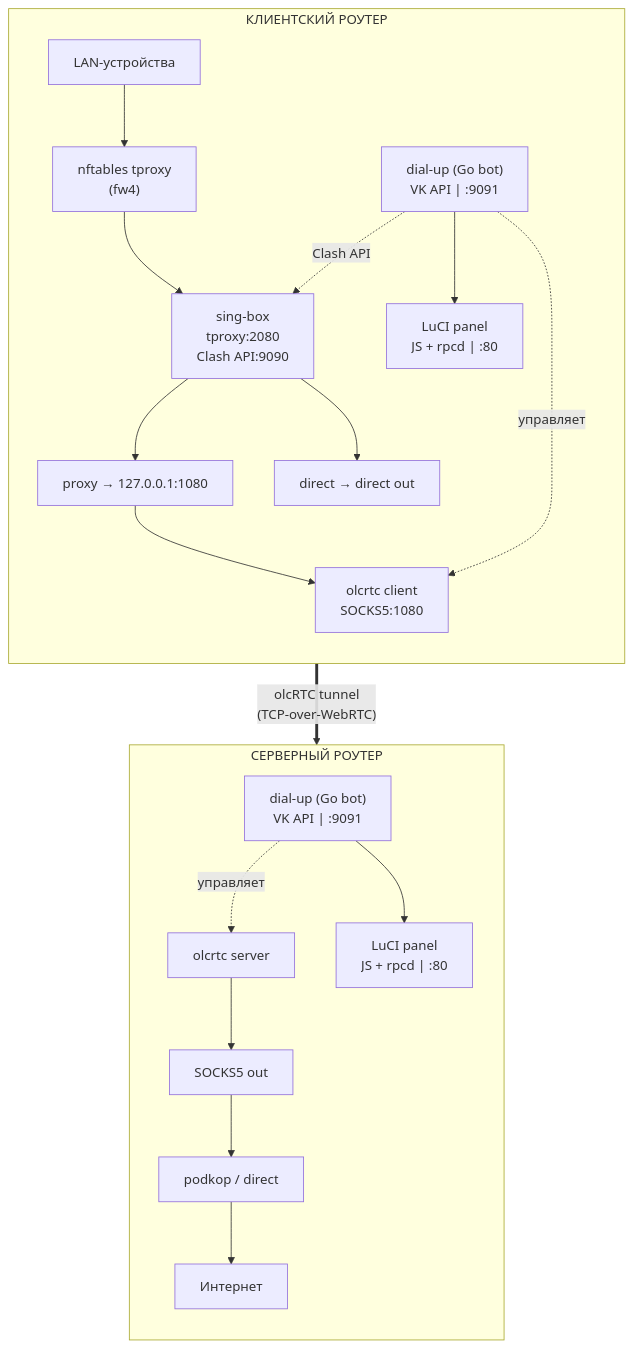
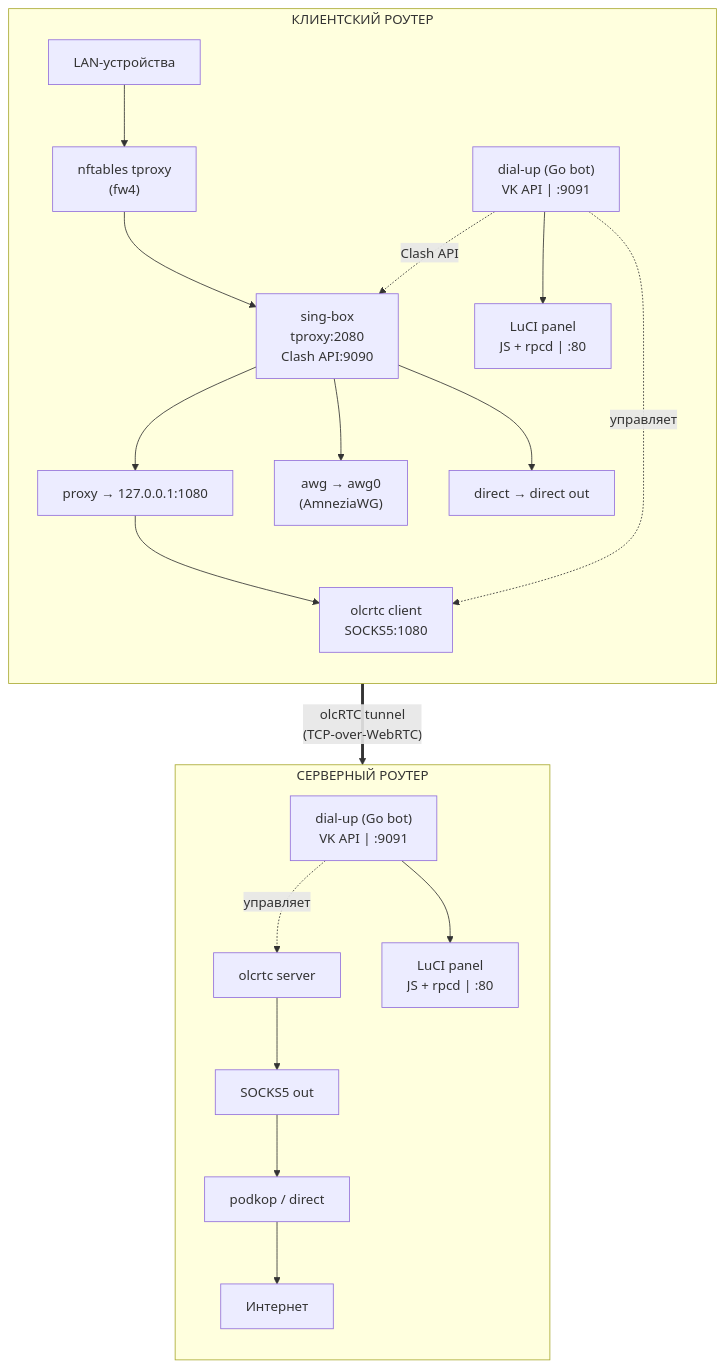
One commit to vongostev/dial-up changed the first of 9 diagrams in ARCHITECTURE.md. Above: the diagram before and after it, drawn with Mermaid. The commit also changed other lines of this file and 61 other files, not shown here.

````diff
--- a/ARCHITECTURE.md
+++ b/ARCHITECTURE.md
@@ -7,37 +7,39 @@
 ```mermaid
 graph TB
     subgraph client["КЛИЕНТСКИЙ РОУТЕР"]
         direction TB
         LAN["LAN-устройства"]
         NFT["nftables tproxy<br/>(fw4)"]
         SB["sing-box<br/>tproxy:2080<br/>Clash API:9090"]
         SB_PROXY["proxy → 127.0.0.1:1080"]
+        SB_AWG["awg → awg0<br/>(AmneziaWG)"]
         SB_DIRECT["direct → direct out"]
         OC["olcrtc client<br/>SOCKS5:1080"]
         DIALUP_C["dial-up (Go bot)<br/>VK API | :9091"]
         LUCI_C["LuCI panel<br/>JS + rpcd | :80"]
 
         LAN --> NFT --> SB
         SB --> SB_PROXY --> OC
+        SB --> SB_AWG
         SB --> SB_DIRECT
         DIALUP_C --> LUCI_C
         DIALUP_C -.->|"управляет"| OC
         DIALUP_C -.->|"Clash API"| SB
     end
 
     subgraph server["СЕРВЕРНЫЙ РОУТЕР"]
         direction TB
         OS["olcrtc server"]
         SOCKS["SOCKS5 out"]
         PKP["podkop / direct"]
         WWW["Интернет"]
         DIALUP_S["dial-up (Go bot)<br/>VK API | :9091"]
         LUCI_S["LuCI panel<br/>JS + rpcd | :80"]
 
         OS --> SOCKS --> PKP --> WWW
         DIALUP_S --> LUCI_S
         DIALUP_S -.->|"управляет"| OS
     end
 
     OC == "olcRTC tunnel<br/>(TCP-over-WebRTC)" ==> OS
 ```
````
